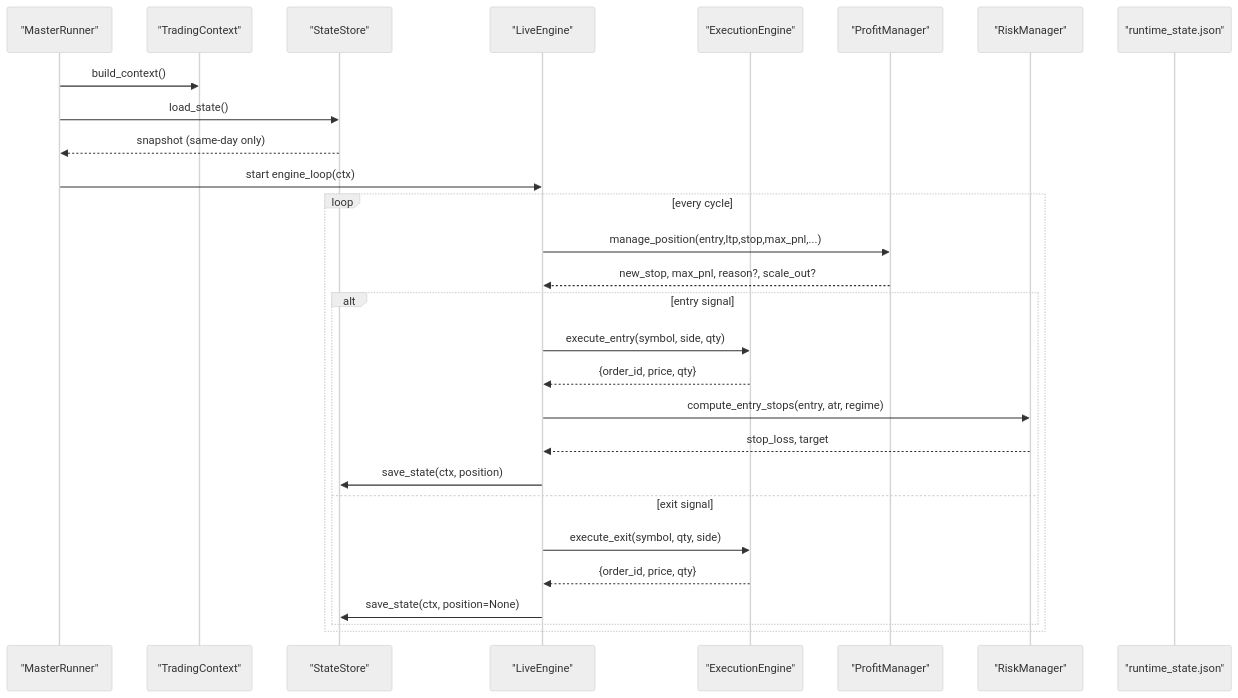
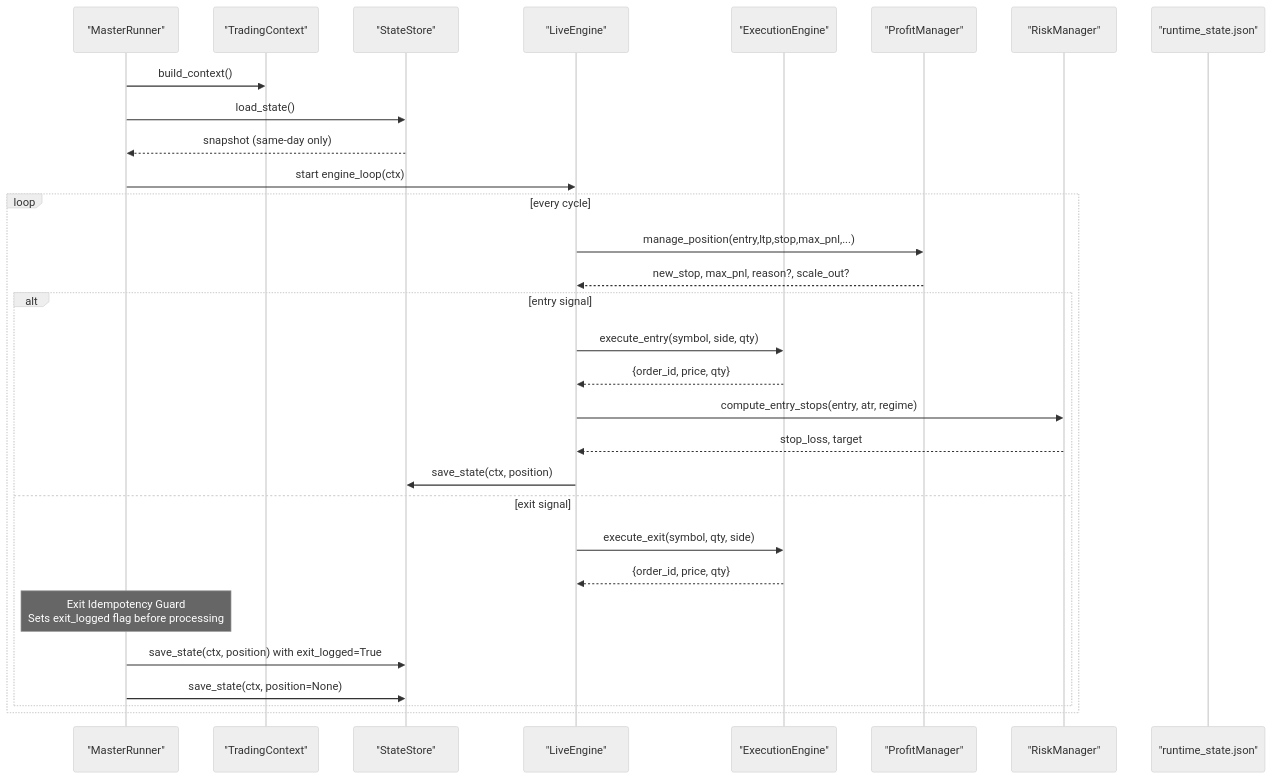
The second of 10 diagrams in .qoder/repowiki/en/content/Core Trading Engine/Trading State Management.md (tauqeersiddiqui-art/tradingsystem), drawn with Mermaid (neutral theme) before and after one commit. The commit also changed other lines of this file and 60 other files, not shown here.

````diff
--- a/.qoder/repowiki/en/content/Core Trading Engine/Trading State Management.md
+++ b/.qoder/repowiki/en/content/Core Trading Engine/Trading State Management.md
@@ -116,30 +124,32 @@
 ```mermaid
 sequenceDiagram
 participant MR as "MasterRunner"
 participant Ctx as "TradingContext"
 participant Store as "StateStore"
 participant LE as "LiveEngine"
 participant EE as "ExecutionEngine"
 participant PM as "ProfitManager"
 participant RM as "RiskManager"
 participant RS as "runtime_state.json"
 MR->>Ctx : build_context()
 MR->>Store : load_state()
 Store-->>MR : snapshot (same-day only)
 MR->>LE : start engine_loop(ctx)
 loop every cycle
 LE->>PM : manage_position(entry,ltp,stop,max_pnl,...)
 PM-->>LE : new_stop, max_pnl, reason?, scale_out?
 alt entry signal
 LE->>EE : execute_entry(symbol, side, qty)
 EE-->>LE : {order_id, price, qty}
 LE->>RM : compute_entry_stops(entry, atr, regime)
 RM-->>LE : stop_loss, target
 LE->>Store : save_state(ctx, position)
 else exit signal
 LE->>EE : execute_exit(symbol, qty, side)
 EE-->>LE : {order_id, price, qty}
-LE->>Store : save_state(ctx, position=None)
+Note over MR : Exit Idempotency Guard<br/>Sets exit_logged flag before processing
+MR->>Store : save_state(ctx, position) with exit_logged=True
+MR->>Store : save_state(ctx, position=None)
 end
 end
 ```
````
